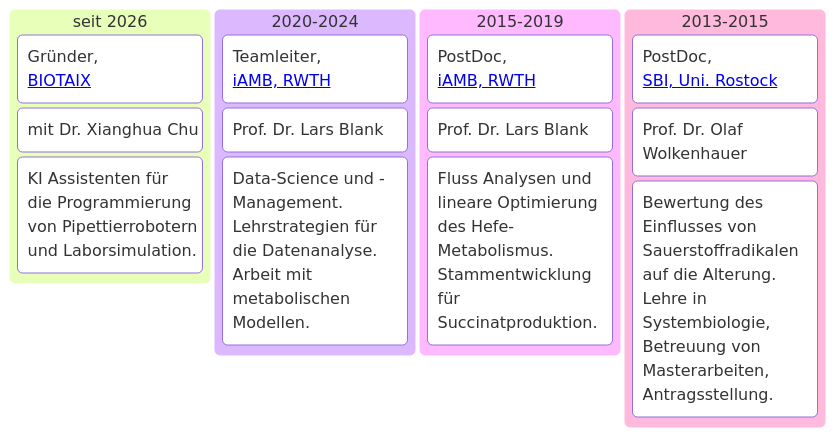
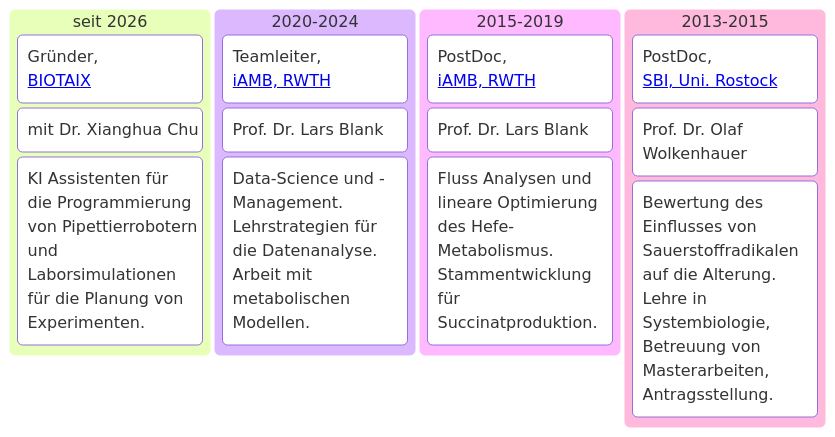
One commit to uliebal/uliebal.github.io changed the first of 2 diagrams in _pages/vita.md. Above: the diagram before and after it, drawn with Mermaid.

Commit message:
vita modify biotaix kanban

```diff
--- a/_pages/vita.md
+++ b/_pages/vita.md
@@ -116,19 +116,19 @@
 <pre class="mermaid">
 kanban
     BIOTAIX["seit 2026"]
         task1["Gründer,<br><a href="https://www.biotaix.com/">BIOTAIX</a>"]
         task2["mit Dr. Xianghua Chu"]
-        task3["KI Assistenten für die Programmierung von Pipettierrobotern und Laborsimulation."]
+        task3["KI Assistenten für die Programmierung von Pipettierrobotern und Laborsimulationen für die Planung von Experimenten."]
     RWTH2["2020-2024"]
         task1["Teamleiter,<br><a href="https://www.iamb.rwth-aachen.de/">iAMB, RWTH</a>"]
         task2["Prof. Dr. Lars Blank"]
         task3["Data-Science und -Management.<br>Lehrstrategien für die Datenanalyse.<br>Arbeit mit metabolischen Modellen."]
     RWTH1["2015-2019"]
         task1["PostDoc,<br><a href="https://www.iamb.rwth-aachen.de/">iAMB, RWTH</a>"]
         task2["Prof. Dr. Lars Blank"]
         task3["Fluss Analysen und lineare Optimierung des Hefe-Metabolismus.<br>Stammentwicklung für Succinatproduktion."]
     SBI2["2013-2015"]
         task1["PostDoc,<br><a href="https://www.sbi.uni-rostock.de/">SBI, Uni. Rostock</a>"]
         task2["Prof. Dr. Olaf Wolkenhauer"]
         task3["Bewertung des Einflusses von Sauerstoffradikalen auf die Alterung.<br>Lehre in Systembiologie, Betreuung von Masterarbeiten, Antragsstellung."]
 </pre>
```
